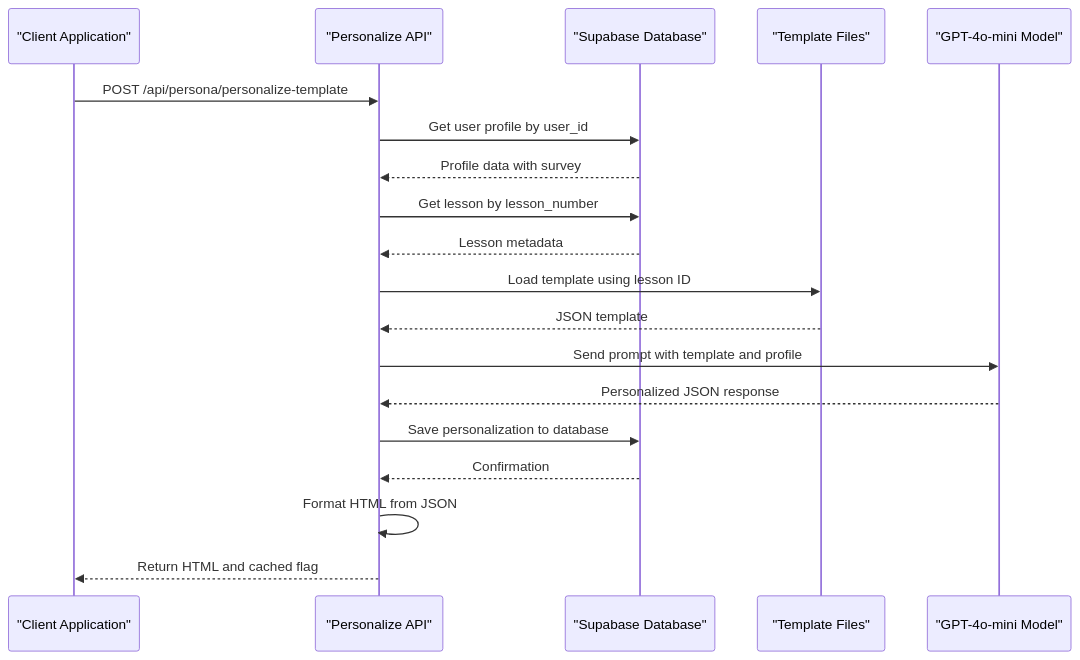
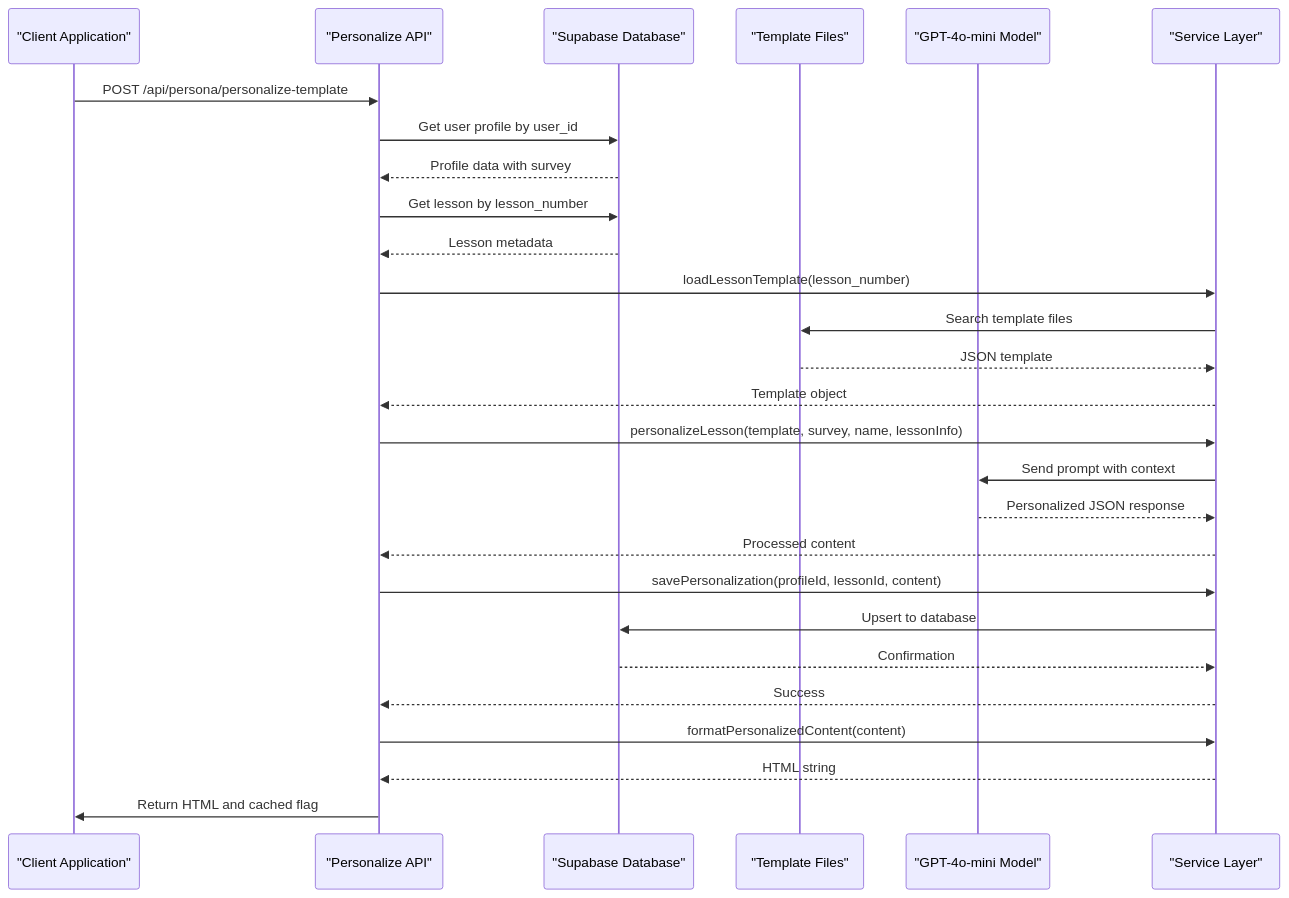
One commit to lommaks777/pesonalisev2 changed the first of 4 diagrams in .qoder/repowiki/en/content/Personalization Engine/Personalization Engine.md. Above: the diagram before and after it, drawn with Mermaid. The commit also changed other lines of this file and 17 other files, not shown here.

First line of the commit message:
refactor(docs): update all docs to reflect service layer architecture refactor

````diff
--- a/.qoder/repowiki/en/content/Personalization Engine/Personalization Engine.md
+++ b/.qoder/repowiki/en/content/Personalization Engine/Personalization Engine.md
@@ -40,21 +52,29 @@
 ```mermaid
 sequenceDiagram
 participant Client as "Client Application"
 participant API as "Personalize API"
 participant Supabase as "Supabase Database"
 participant FileSystem as "Template Files"
 participant OpenAI as "GPT-4o-mini Model"
+participant Services as "Service Layer"
 Client->>API : POST /api/persona/personalize-template
 API->>Supabase : Get user profile by user_id
 Supabase-->>API : Profile data with survey
 API->>Supabase : Get lesson by lesson_number
 Supabase-->>API : Lesson metadata
-API->>FileSystem : Load template using lesson ID
-FileSystem-->>API : JSON template
-API->>OpenAI : Send prompt with template and profile
-OpenAI-->>API : Personalized JSON response
-API->>Supabase : Save personalization to database
-Supabase-->>API : Confirmation
-API->>API : Format HTML from JSON
-API-->>Client : Return HTML and cached flag
+API->>Services : loadLessonTemplate(lesson_number)
+Services->>FileSystem : Search template files
+FileSystem-->>Services : JSON template
+Services-->>API : Template object
+API->>Services : personalizeLesson(template, survey, name, lessonInfo)
+Services->>OpenAI : Send prompt with context
+OpenAI-->>Services : Personalized JSON response
+Services-->>API : Processed content
+API->>Services : savePersonalization(profileId, lessonId, content)
+Services->>Supabase : Upsert to database
+Supabase-->>Services : Confirmation
+Services-->>API : Success
+API->>Services : formatPersonalizedContent(content)
+Services-->>API : HTML string
+API->>Client : Return HTML and cached flag
 ```
````
